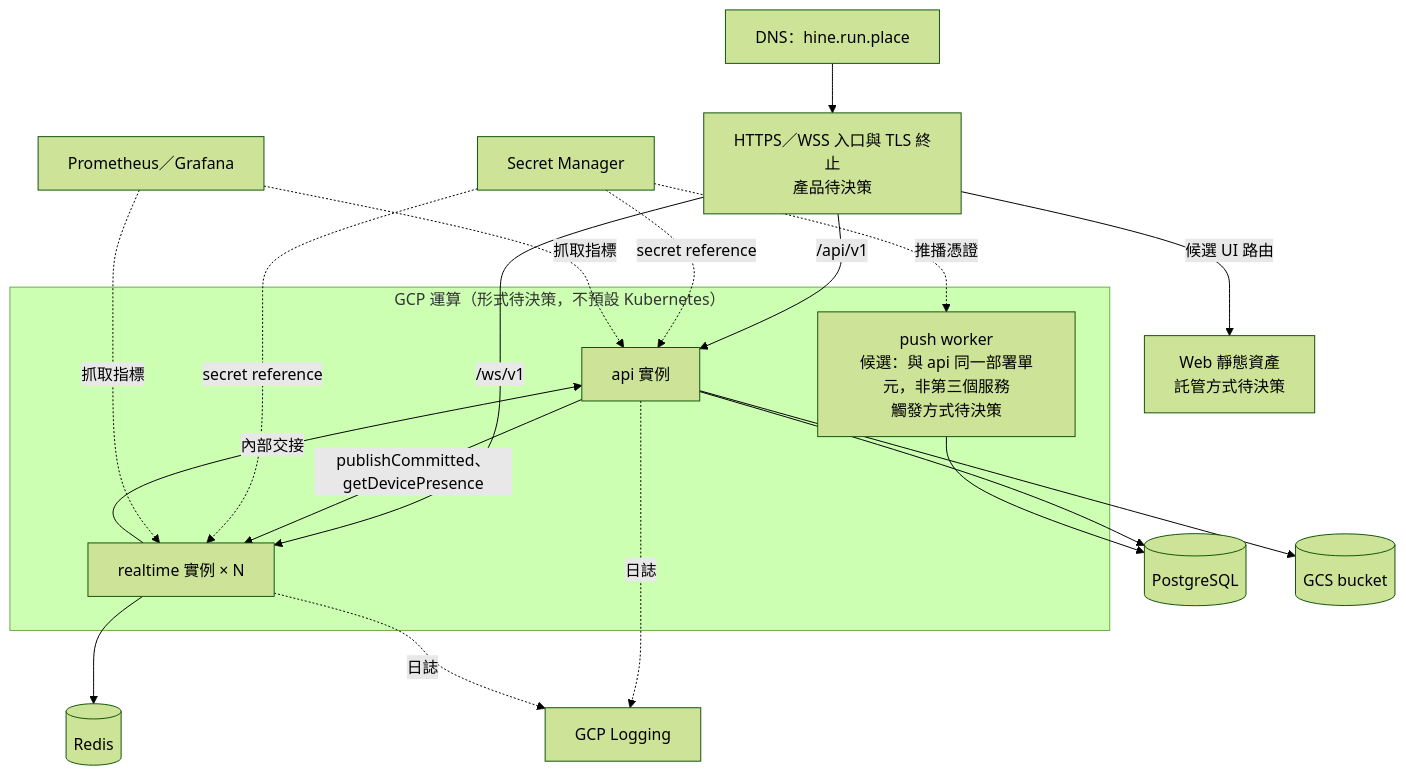
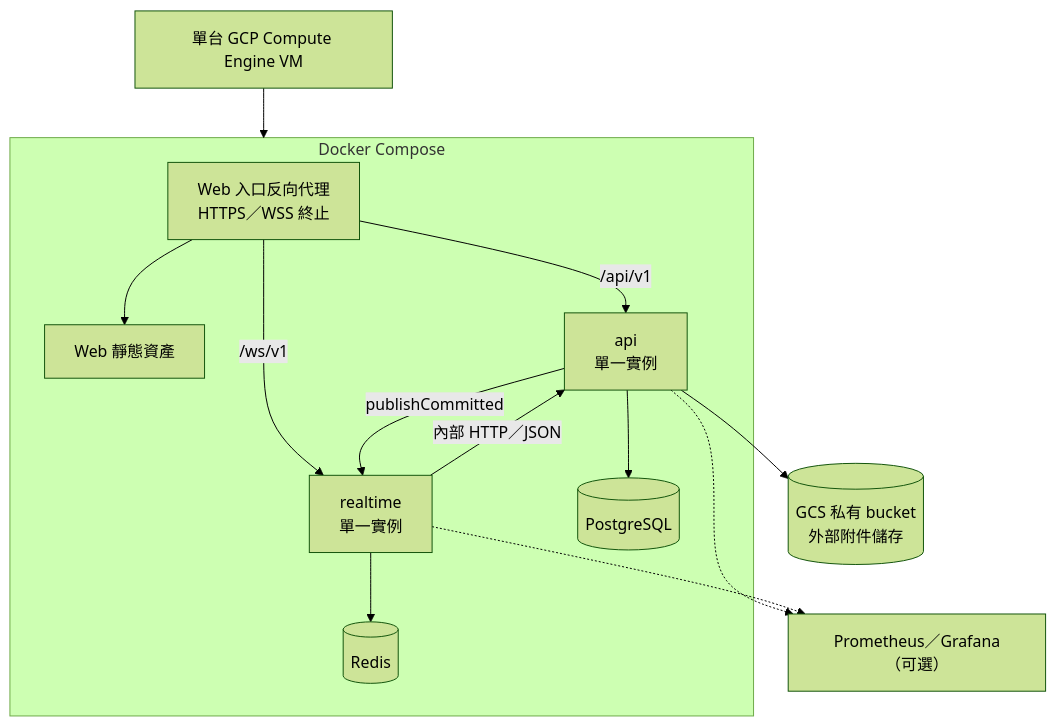
Before and after one commit to LeoCheng-space/Hine: the ninth of 9 diagrams in docs/architecture/README.md, drawn with Mermaid (forest theme). The commit also changed other lines of this file and 24 other files, not shown here.

````diff
--- a/docs/architecture/README.md
+++ b/docs/architecture/README.md
@@ -361,34 +333,25 @@
 ```mermaid
 flowchart TB
-  dns["DNS：hine.run.place"]
-  edge["HTTPS／WSS 入口與 TLS 終止<br/>產品待決策"]
-  web["Web 靜態資產<br/>託管方式待決策"]
-  subgraph compute["GCP 運算（形式待決策，不預設 Kubernetes）"]
-    api["api 實例"]
-    rt["realtime 實例 × N"]
-    worker["push worker<br/>候選：與 api 同一部署單元，非第三個服務<br/>觸發方式待決策"]
+  vm["單台 GCP Compute Engine VM"]
+  subgraph compose["Docker Compose"]
+    proxy["Web 入口反向代理<br/>HTTPS／WSS 終止"]
+    web["Web 靜態資產"]
+    api["api<br/>單一實例"]
+    rt["realtime<br/>單一實例"]
+    pg[("PostgreSQL")]
+    redis[("Redis")]
+    proxy --> web
+    proxy -->|"/api/v1"| api
+    proxy -->|"/ws/v1"| rt
+    rt -->|"內部 HTTP／JSON"| api
+    api -->|"publishCommitted"| rt
+    api --> pg
+    rt --> redis
   end
-  pg[("PostgreSQL")]
-  redis[("Redis")]
-  gcs[("GCS bucket")]
-  sm["Secret Manager"]
-  mon["Prometheus／Grafana"]
-  logs["GCP Logging"]
-  dns --> edge
-  edge -->|"/api/v1"| api
-  edge -->|"/ws/v1"| rt
-  edge -->|"候選 UI 路由"| web
-  rt -->|"內部交接"| api
-  api -->|"publishCommitted、getDevicePresence"| rt
-  api --> pg
-  worker --> pg
-  rt --> redis
+  gcs[("GCS 私有 bucket<br/>外部附件儲存")]
+  optional["Prometheus／Grafana（可選）"]
+  vm --> compose
   api --> gcs
-  sm -.->|"secret reference"| api
-  sm -.->|"secret reference"| rt
-  sm -.->|"推播憑證"| worker
-  mon -.->|"抓取指標"| api
-  mon -.->|"抓取指標"| rt
-  api -.->|"日誌"| logs
-  rt -.->|"日誌"| logs
+  api -.-> optional
+  rt -.-> optional
 ```
````
